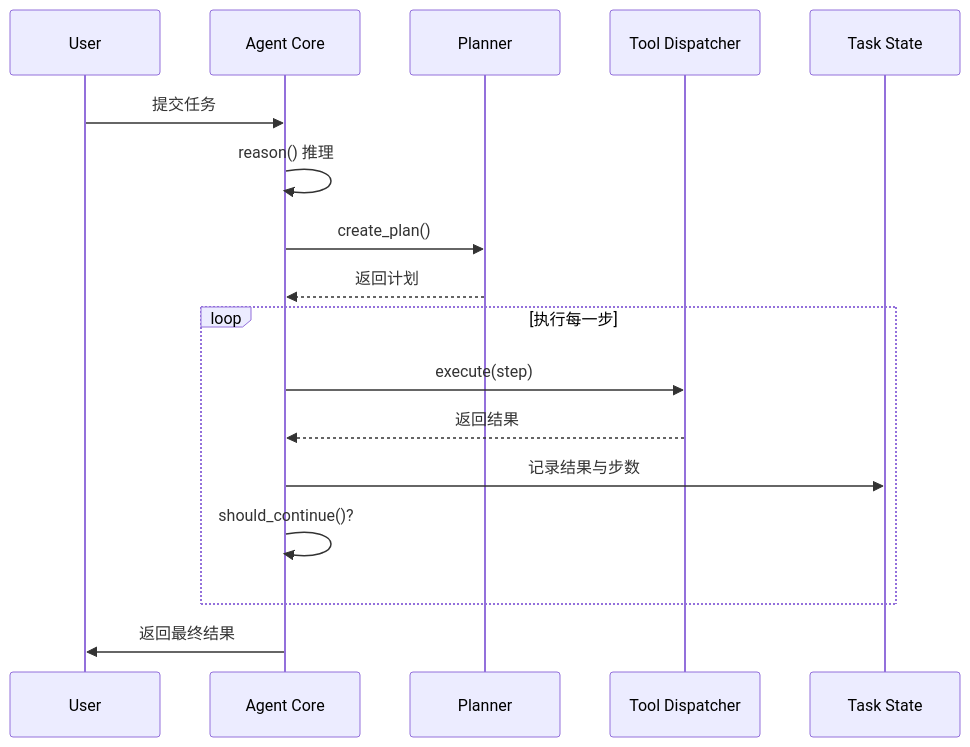
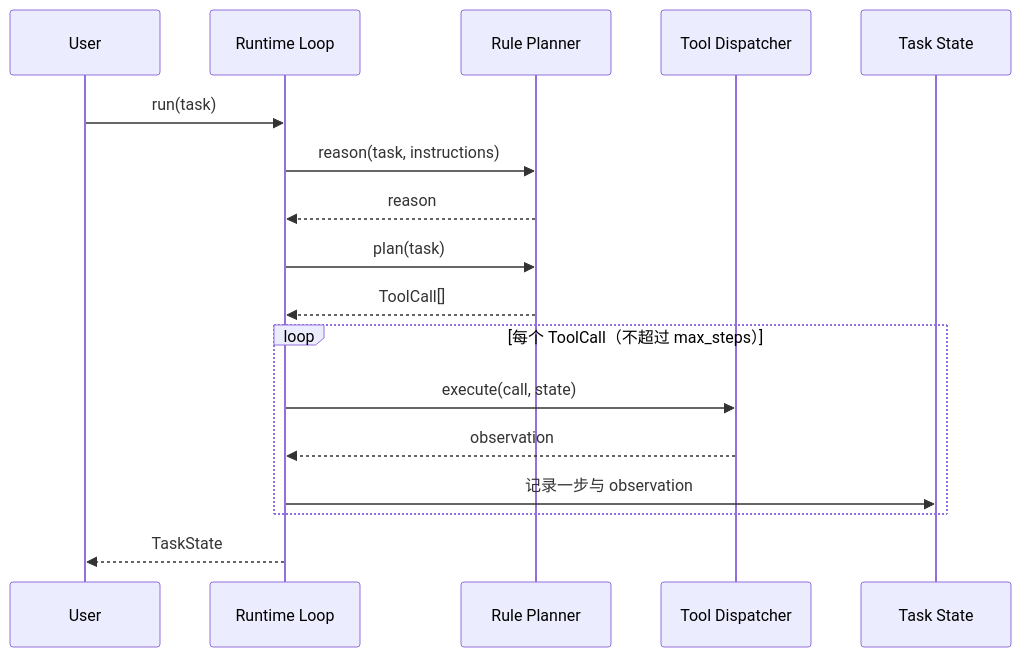
Before and after one commit to dollarser/modern-ai-agent-architecture: the second of 2 diagrams in docs/chapters/07-agent-mvp/README.md, drawn with Mermaid. The commit also changed other lines of this file and 14 other files, not shown here.

Commit message:
Align MVP chapter with progressive architecture

````diff
--- a/docs/chapters/07-agent-mvp/README.md
+++ b/docs/chapters/07-agent-mvp/README.md
@@ -118,22 +174,22 @@
 ```mermaid
 sequenceDiagram
     participant U as User
-    participant A as Agent Core
-    participant P as Planner
+    participant R as Runtime Loop
+    participant P as Rule Planner
     participant T as Tool Dispatcher
     participant S as Task State
 
-    U->>A: 提交任务
-    A->>A: reason() 推理
-    A->>P: create_plan()
-    P-->>A: 返回计划
+    U->>R: run(task)
+    R->>P: reason(task, instructions)
+    P-->>R: reason
+    R->>P: plan(task)
+    P-->>R: ToolCall[]
 
-    loop 执行每一步
-        A->>T: execute(step)
-        T-->>A: 返回结果
-        A->>S: 记录结果与步数
-        A->>A: should_continue()?
+    loop 每个 ToolCall（不超过 max_steps）
+        R->>T: execute(call, state)
+        T-->>R: observation
+        R->>S: 记录一步与 observation
     end
 
-    A->>U: 返回最终结果
+    R-->>U: TaskState
 ```
````
